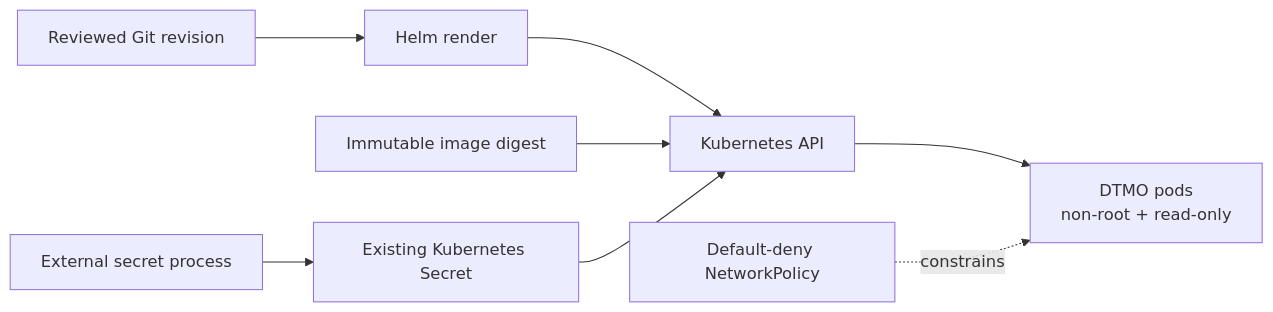
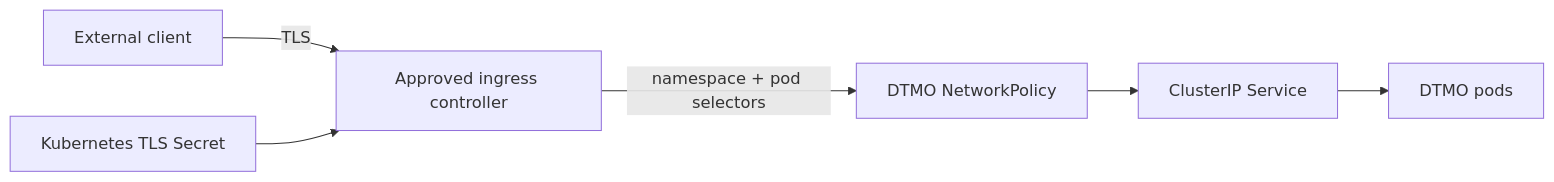
Before and after one commit to GJvManen/dtmo: the diagram in docs/project/EXECUTIVE_STATUS.md, drawn with Mermaid. The commit also changed other lines of this file, not shown here.

````diff
--- a/docs/project/EXECUTIVE_STATUS.md
+++ b/docs/project/EXECUTIVE_STATUS.md
@@ -35,10 +35,8 @@
 ```mermaid
 flowchart LR
-    G[Reviewed Git revision] --> H[Helm render]
-    H --> K[Kubernetes API]
-    I[Immutable image digest] --> K
-    S[External secret process] --> X[Existing Kubernetes Secret]
-    X --> K
-    K --> P[DTMO pods\nnon-root + read-only]
-    N[Default-deny NetworkPolicy] -. constrains .-> P
+    C[External client] -->|TLS| I[Approved ingress controller]
+    T[Kubernetes TLS Secret] --> I
+    I -->|namespace + pod selectors| N[DTMO NetworkPolicy]
+    N --> S[ClusterIP Service]
+    S --> P[DTMO pods]
 ```
````
